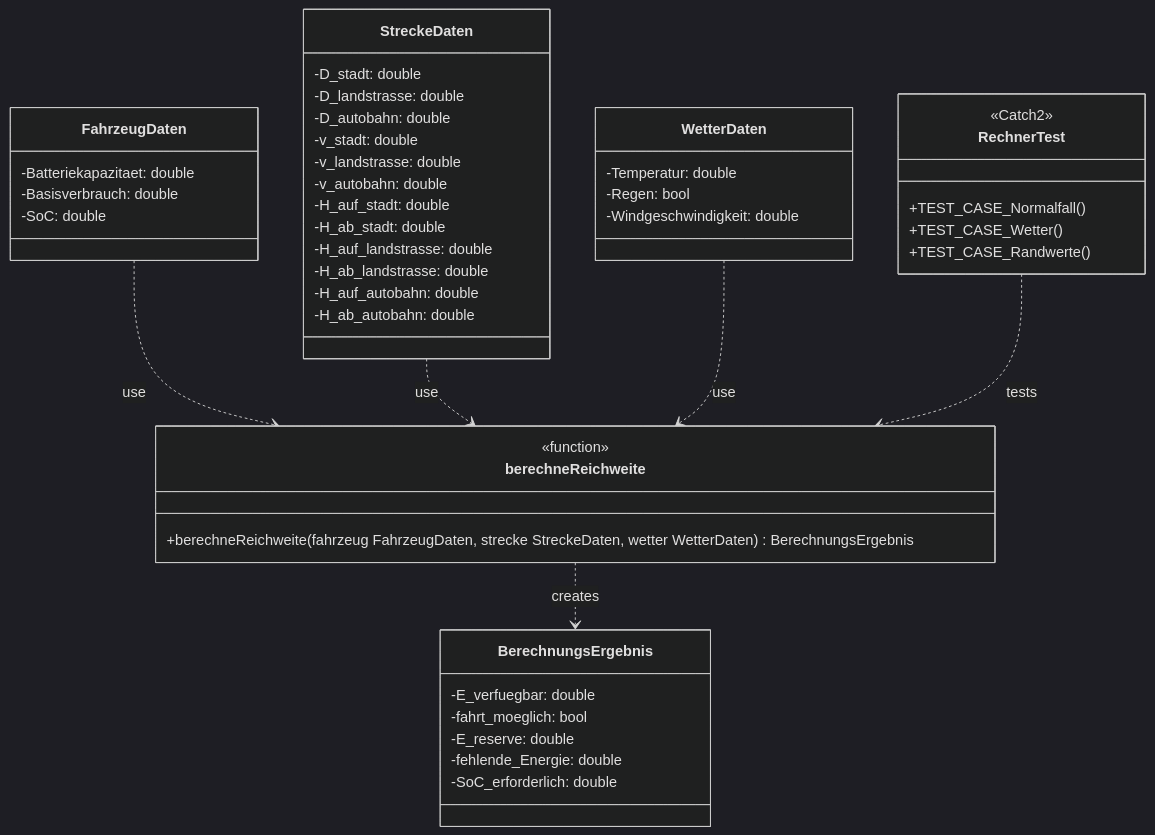
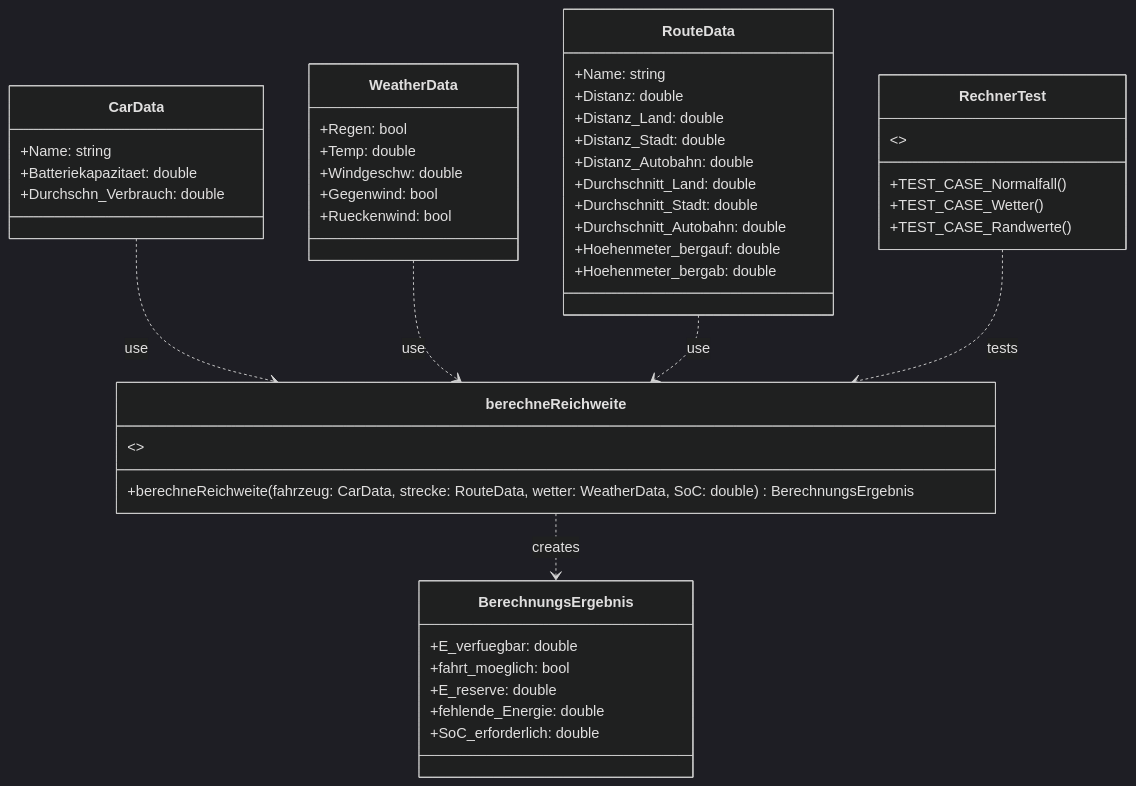
The diagram in README.md (roprmt00/Semesterbegleitendes-Projekt), drawn with Mermaid (dark theme) before and after one commit. The commit also changed other lines of this file and 1 other file, not shown here.

Commit message:
USE-Case wurde angepasst als auch Klassendiagramm da Kommilitone andere Berzeichnunen verwendet hat

````diff
--- a/README.md
+++ b/README.md
@@ -50,57 +50,56 @@
 ```mermaid
-
 classDiagram
 
-    class FahrzeugDaten {
-        -Batteriekapazitaet: double
-        -Basisverbrauch: double
-        -SoC: double
+    class CarData {
+        +Name: string
+        +Batteriekapazitaet: double
+        +Durchschn_Verbrauch: double
     }
- 
-    class StreckeDaten {
-        -D_stadt: double
-        -D_landstrasse: double
-        -D_autobahn: double
-        -v_stadt: double
-        -v_landstrasse: double 
-        -v_autobahn: double
-        -H_auf_stadt: double
-        -H_ab_stadt: double
-        -H_auf_landstrasse: double
-        -H_ab_landstrasse: double
-        -H_auf_autobahn: double
-        -H_ab_autobahn: double
+
+    class WeatherData {
+        +Regen: bool
+        +Temp: double
+        +Windgeschw: double
+        +Gegenwind: bool
+        +Rueckenwind: bool
     }
- 
-    class WetterDaten {
-        -Temperatur: double 
-        -Regen: bool 
-        -Windgeschwindigkeit: double
+
+    class RouteData {
+        +Name: string
+        +Distanz: double
+        +Distanz_Land: double
+        +Distanz_Stadt: double
+        +Distanz_Autobahn: double
+        +Durchschnitt_Land: double
+        +Durchschnitt_Stadt: double
+        +Durchschnitt_Autobahn: double
+        +Hoehenmeter_bergauf: double
+        +Hoehenmeter_bergab: double
     }
- 
+
     class BerechnungsErgebnis {
-        -E_verfuegbar: double
-        -fahrt_moeglich: bool
-        -E_reserve: double
-        -fehlende_Energie: double
-        -SoC_erforderlich: double
+        +E_verfuegbar: double
+        +fahrt_moeglich: bool
+        +E_reserve: double
+        +fehlende_Energie: double
+        +SoC_erforderlich: double
     }
- 
+
     class berechneReichweite {
-        <<function>>
-        +berechneReichweite(fahrzeug FahrzeugDaten, strecke StreckeDaten, wetter WetterDaten) BerechnungsErgebnis
+        <>
+        +berechneReichweite(fahrzeug: CarData, strecke: RouteData, wetter: WeatherData, SoC: double) BerechnungsErgebnis
     }
- 
+
     class RechnerTest {
-        <<Catch2>>
+        <>
         +TEST_CASE_Normalfall()
         +TEST_CASE_Wetter()
         +TEST_CASE_Randwerte()
     }
- 
-    FahrzeugDaten ..> berechneReichweite : use
-    StreckeDaten  ..> berechneReichweite : use
-    WetterDaten   ..> berechneReichweite : use
+
+    CarData            ..> berechneReichweite : use
+    WeatherData        ..> berechneReichweite : use
+    RouteData          ..> berechneReichweite : use
     berechneReichweite ..> BerechnungsErgebnis : creates
     RechnerTest        ..> berechneReichweite  : tests
 ```
````
